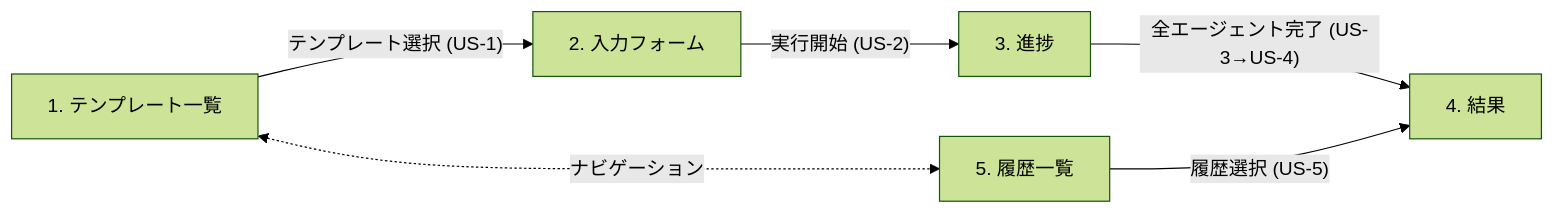
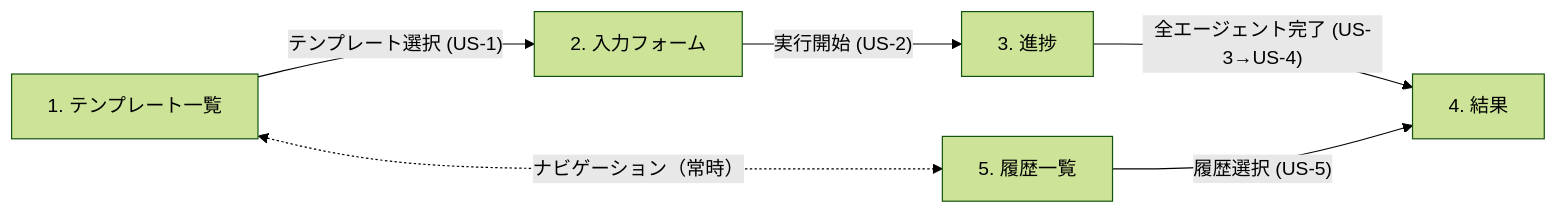
Before and after one commit to kuairen-227/agent-team-studio: the diagram in docs/product/screen-flow.md, drawn with Mermaid (forest theme). The commit also changed other lines of this file and 1 other file, not shown here.

````diff
--- a/docs/product/screen-flow.md
+++ b/docs/product/screen-flow.md
@@ -19,15 +19,15 @@
 ```mermaid
 flowchart LR
     Templates["1. テンプレート一覧"]
     Form["2. 入力フォーム"]
     Progress["3. 進捗"]
     Result["4. 結果"]
     History["5. 履歴一覧"]
 
     Templates -->|"テンプレート選択 (US-1)"| Form
     Form -->|"実行開始 (US-2)"| Progress
     Progress -->|"全エージェント完了 (US-3→US-4)"| Result
     History -->|"履歴選択 (US-5)"| Result
 
-    Templates <-.->|"ナビゲーション"| History
+    Templates <-.->|"ナビゲーション（常時）"| History
 ```
````
